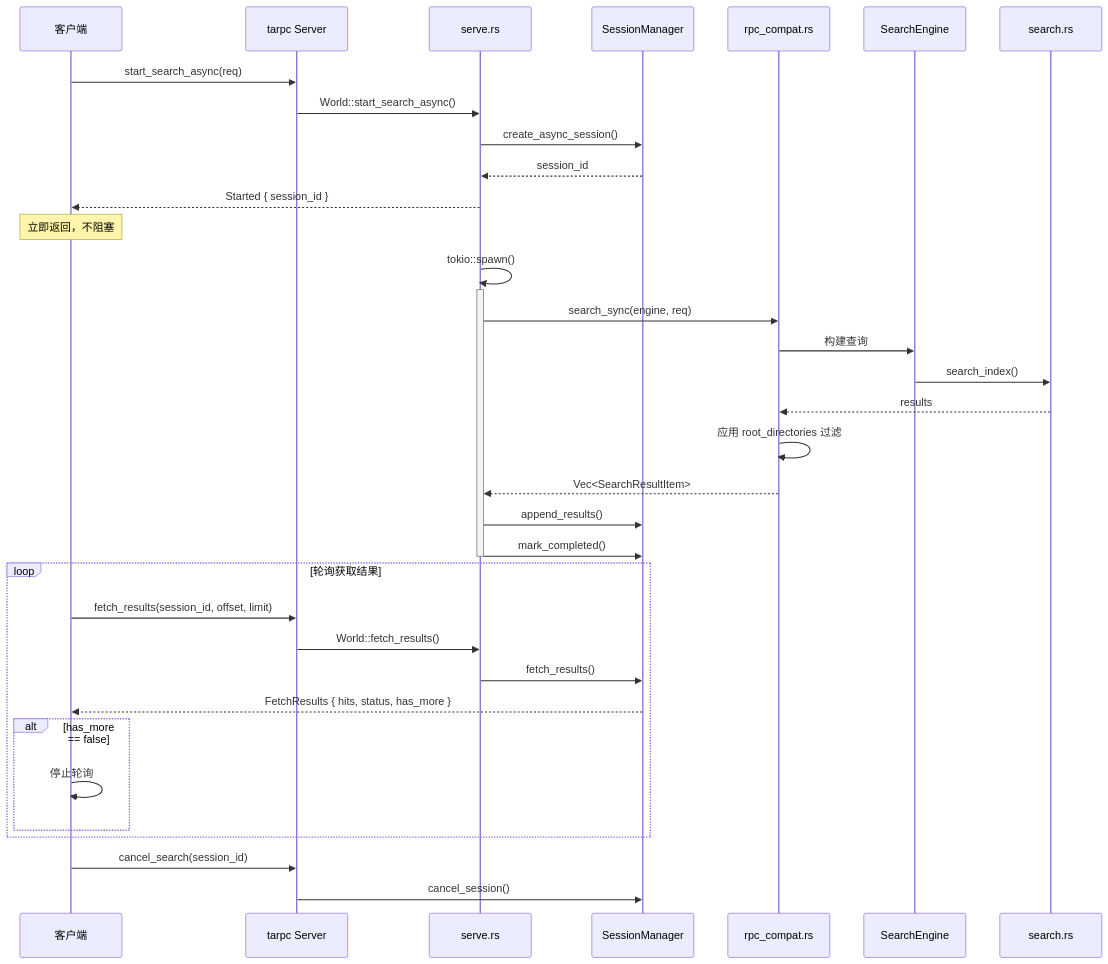
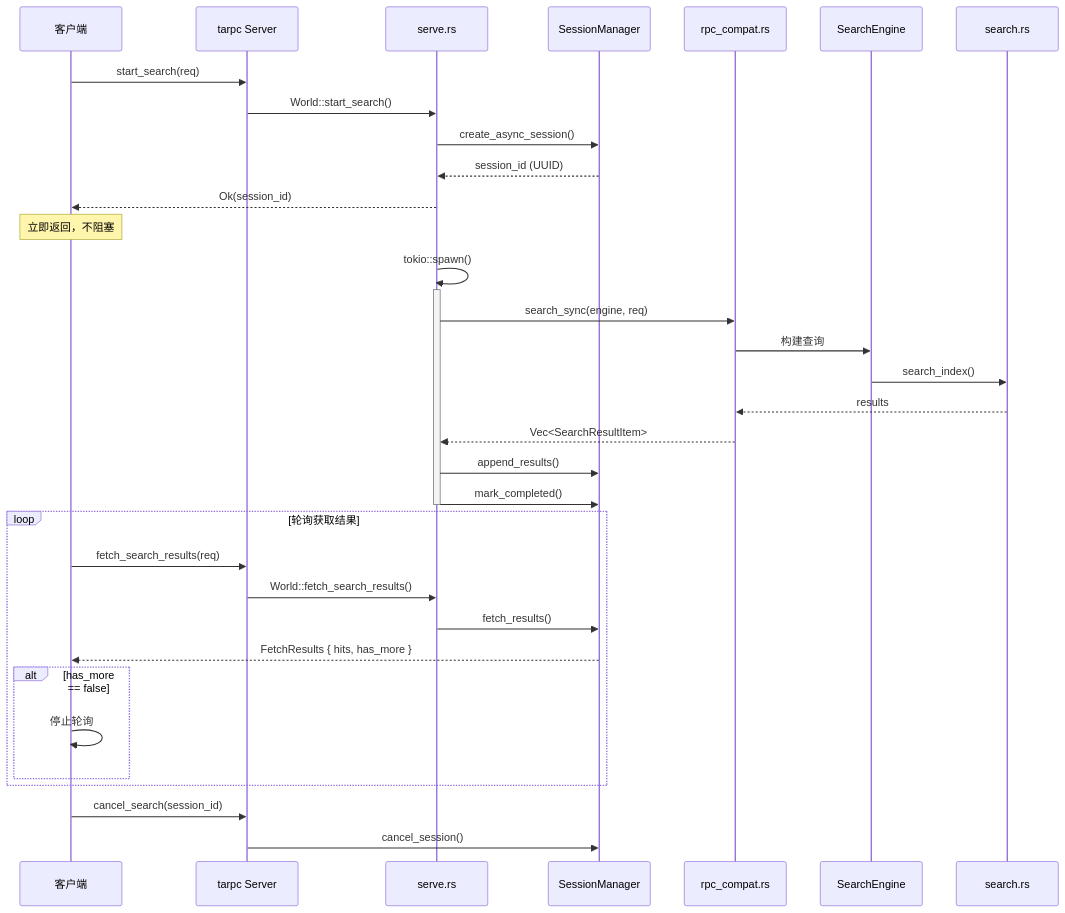
Before and after one commit to UCAS-Modern-Operating-System-Group-5/unnamed: the third of 12 diagrams in docs/ARCHITECTURE.md, drawn with Mermaid. The commit also changed other lines of this file and 11 other files, not shown here.

````diff
--- a/docs/ARCHITECTURE.md
+++ b/docs/ARCHITECTURE.md
@@ -161,42 +161,41 @@
 ```mermaid
 sequenceDiagram
     participant Client as 客户端
     participant RPC as tarpc Server
     participant Serve as serve.rs
     participant Session as SessionManager
     participant Compat as rpc_compat.rs
     participant Engine as SearchEngine
     participant Search as search.rs
 
-    Client->>RPC: start_search_async(req)
-    RPC->>Serve: World::start_search_async()
+    Client->>RPC: start_search(req)
+    RPC->>Serve: World::start_search()
     Serve->>Session: create_async_session()
-    Session-->>Serve: session_id
-    Serve-->>Client: Started { session_id }
+    Session-->>Serve: session_id (UUID)
+    Serve-->>Client: Ok(session_id)
     Note over Client: 立即返回，不阻塞
 
     Serve->>Serve: tokio::spawn()
     activate Serve
     Serve->>Compat: search_sync(engine, req)
     Compat->>Engine: 构建查询
     Engine->>Search: search_index()
     Search-->>Compat: results
-    Compat->>Compat: 应用 root_directories 过滤
     Compat-->>Serve: Vec<SearchResultItem>
     Serve->>Session: append_results()
     Serve->>Session: mark_completed()
     deactivate Serve
 
     loop 轮询获取结果
-        Client->>RPC: fetch_results(session_id, offset, limit)
-        RPC->>Serve: World::fetch_results()
+        Client->>RPC: fetch_search_results(req)
+        RPC->>Serve: World::fetch_search_results()
         Serve->>Session: fetch_results()
-        Session-->>Client: FetchResults { hits, status, has_more }
+        Session-->>Client: FetchResults { hits, has_more }
         alt has_more == false
             Client->>Client: 停止轮询
         end
     end
 
     Client->>RPC: cancel_search(session_id)
     RPC->>Session: cancel_session()
 ```
````
